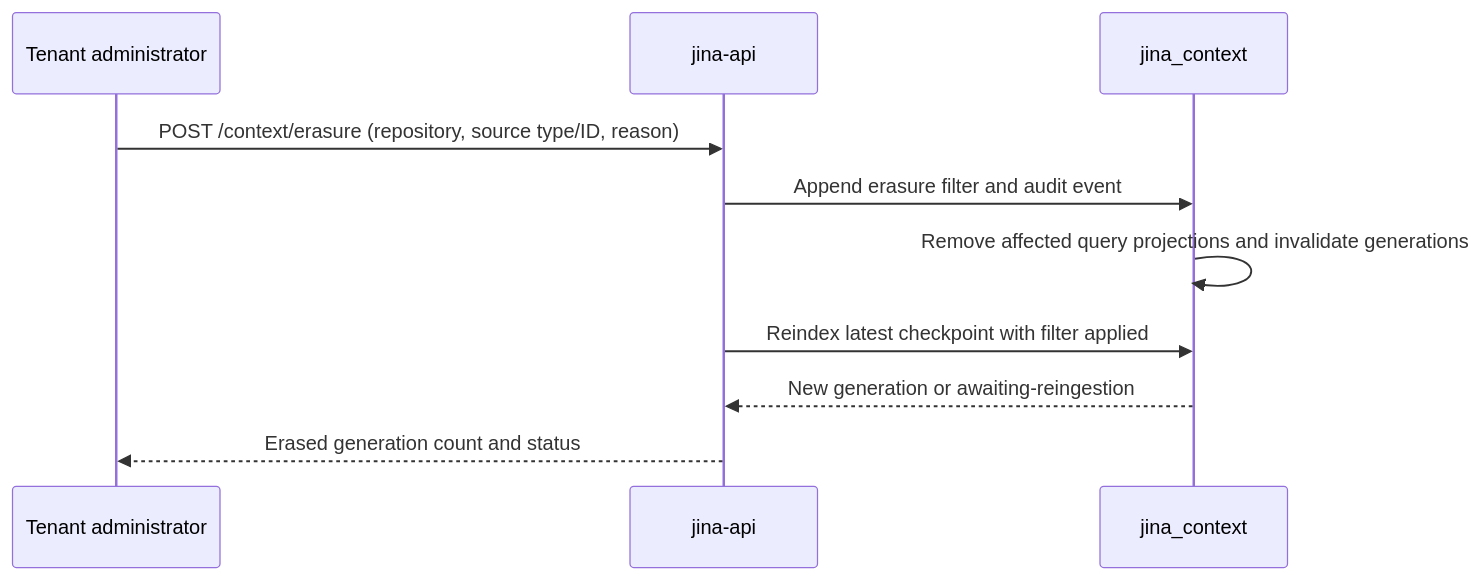
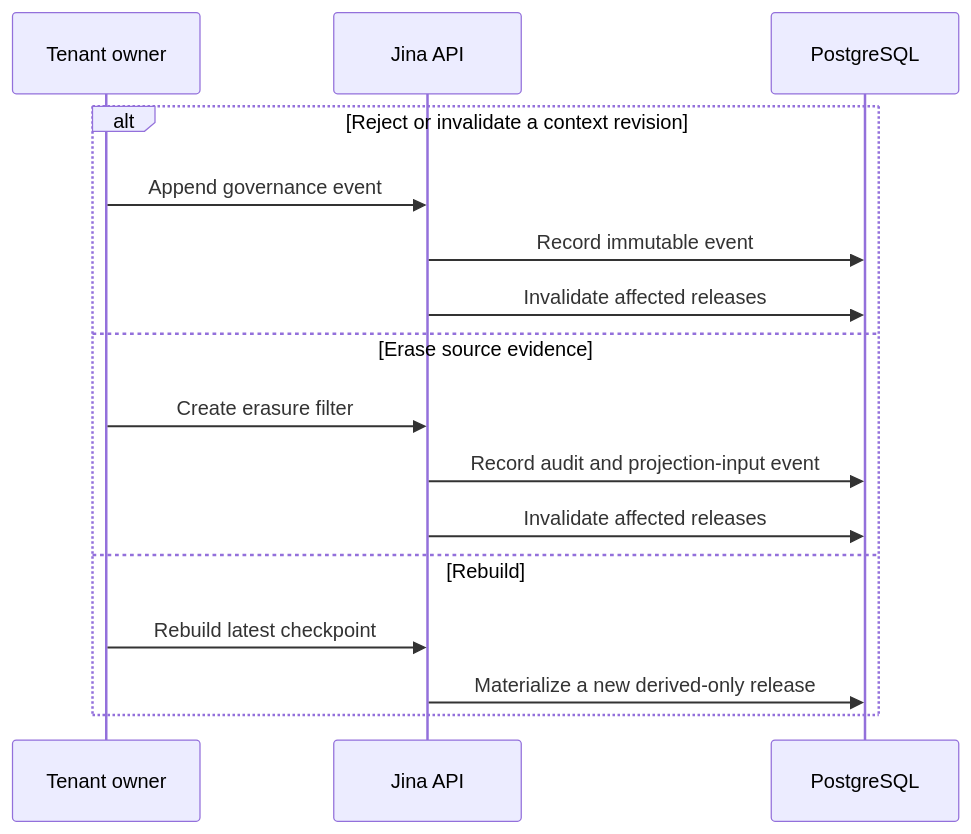
The seventh of 8 diagrams in docs/SEQUENCE_DIAGRAM.md (keon/jina-context-wiki-e2e-20260808), drawn with Mermaid before and after one commit. The commit also changed other lines of this file and 248 other files, not shown here.

````diff
--- a/docs/SEQUENCE_DIAGRAM.md
+++ b/docs/SEQUENCE_DIAGRAM.md
@@ -228,13 +186,19 @@
 ```mermaid
 sequenceDiagram
-    participant A as Tenant administrator
-    participant API as jina-api
-    participant DB as jina_context
+    participant O as Tenant owner
+    participant API as Jina API
+    participant PG as PostgreSQL
 
-    A->>API: POST /context/erasure (repository, source type/ID, reason)
-    API->>DB: Append erasure filter and audit event
-    DB->>DB: Remove affected query projections and invalidate generations
-    API->>DB: Reindex latest checkpoint with filter applied
-    DB-->>API: New generation or awaiting-reingestion
-    API-->>A: Erased generation count and status
+    alt Reject or invalidate a context revision
+        O->>API: Append governance event
+        API->>PG: Record immutable event
+        API->>PG: Invalidate affected releases
+    else Erase source evidence
+        O->>API: Create erasure filter
+        API->>PG: Record audit and projection-input event
+        API->>PG: Invalidate affected releases
+    else Rebuild
+        O->>API: Rebuild latest checkpoint
+        API->>PG: Materialize a new derived-only release
+    end
 ```
````
